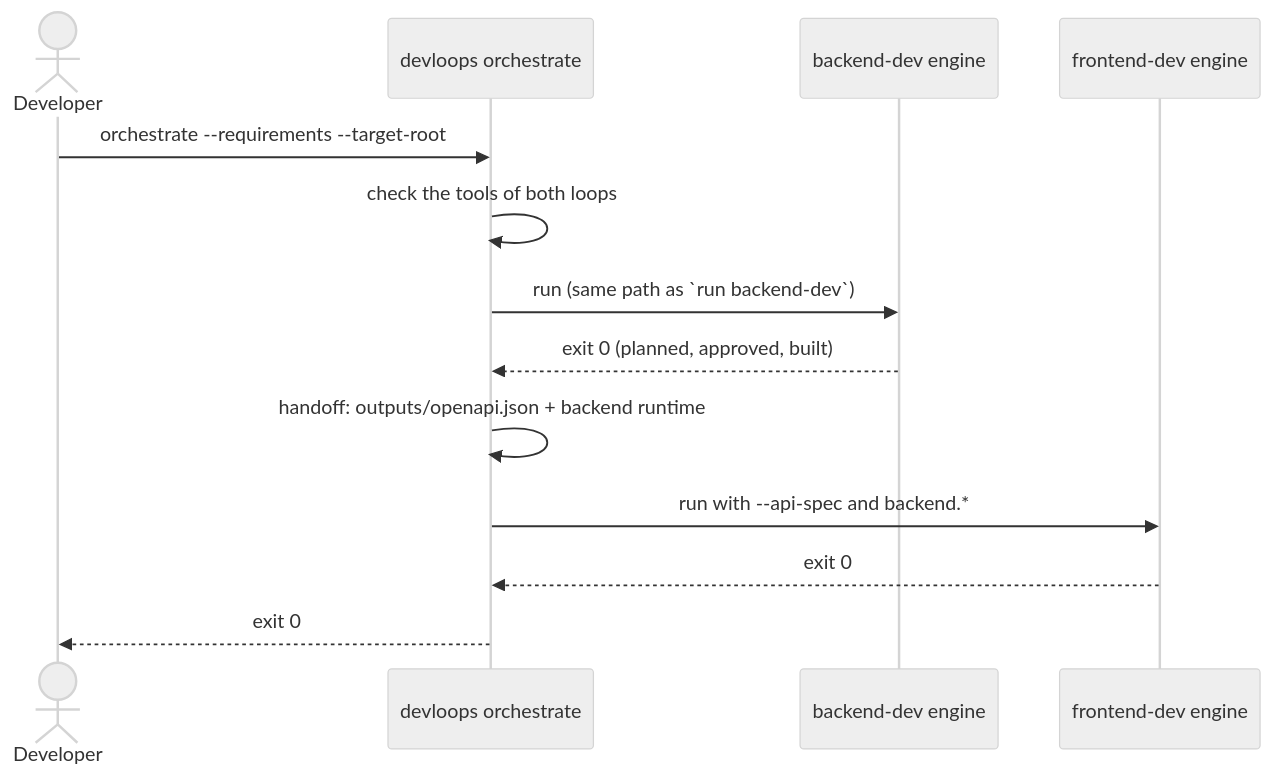
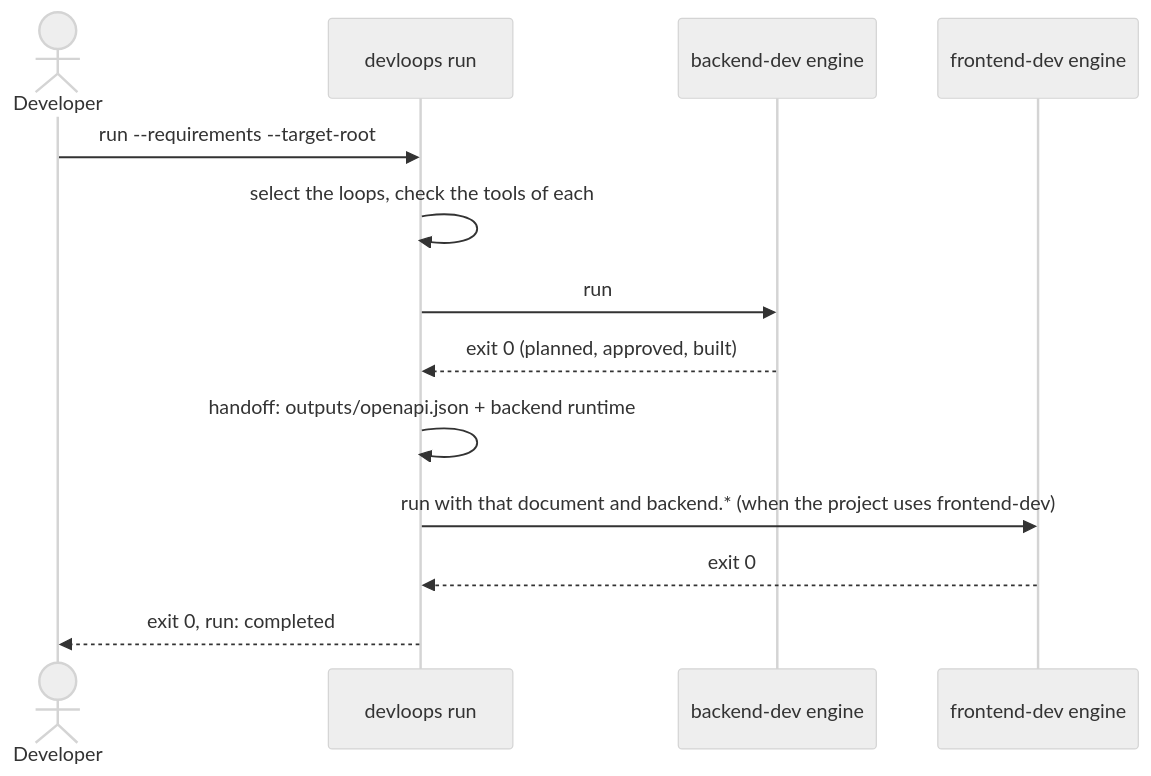
Before and after one commit to youssef7ussien/claude-devloops: the third of 3 diagrams in loops/README.md, drawn with Mermaid (neutral theme). The commit also changed other lines of this file and 19 other files, not shown here.

First line of the commit message:
docs(devloops): document the single run command and backend-only projects

````diff
--- a/loops/README.md
+++ b/loops/README.md
@@ -473,15 +502,15 @@
 ```mermaid
 sequenceDiagram
     actor Dev as Developer
-    participant Orch as devloops orchestrate
+    participant Run as devloops run
     participant BE as backend-dev engine
     participant FE as frontend-dev engine
-    Dev->>Orch: orchestrate --requirements --target-root
-    Orch->>Orch: check the tools of both loops
-    Orch->>BE: run (same path as `run backend-dev`)
-    BE-->>Orch: exit 0 (planned, approved, built)
-    Orch->>Orch: handoff: outputs/openapi.json + backend runtime
-    Orch->>FE: run with --api-spec and backend.*
-    FE-->>Orch: exit 0
-    Orch-->>Dev: exit 0
+    Dev->>Run: run --requirements --target-root
+    Run->>Run: select the loops, check the tools of each
+    Run->>BE: run
+    BE-->>Run: exit 0 (planned, approved, built)
+    Run->>Run: handoff: outputs/openapi.json + backend runtime
+    Run->>FE: run with that document and backend.* (when the project uses frontend-dev)
+    FE-->>Run: exit 0
+    Run-->>Dev: exit 0, run: completed
 ```
````
